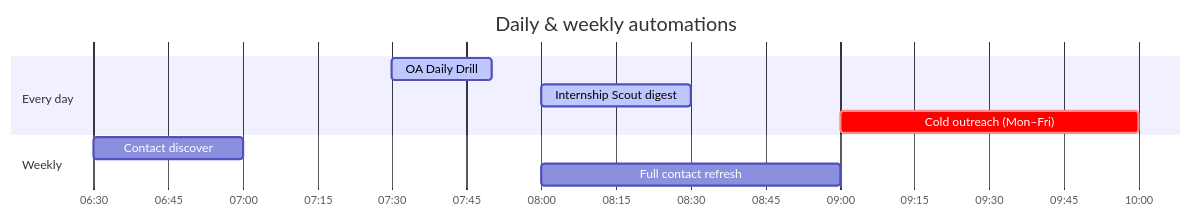
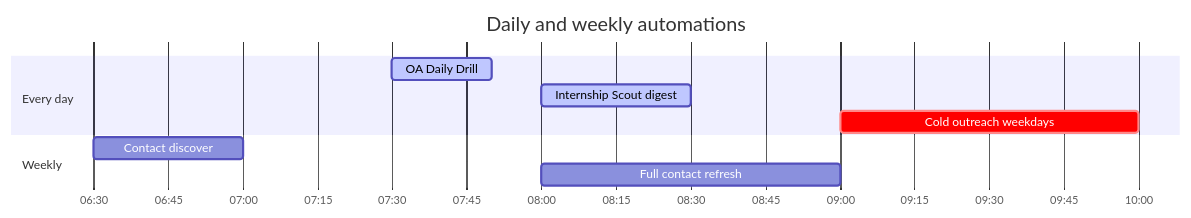
One commit to Ojas-Srivastava05/resume-optimiser changed the second of 4 diagrams in README.md. Above: the diagram before and after it, drawn with Mermaid. The commit also changed other lines of this file, not shown here.

First line of the commit message:
fix: make README Mermaid diagrams GitHub-compatible

````diff
--- a/README.md
+++ b/README.md
@@ -141,15 +138,13 @@
 ```mermaid
 gantt
-    title Daily & weekly automations
+    title Daily and weekly automations
     dateFormat HH:mm
     axisFormat %H:%M
-
     section Every day
     OA Daily Drill           :active, 07:30, 20m
     Internship Scout digest  :active, 08:00, 30m
-    Cold outreach (Mon–Fri)  :crit, 09:00, 60m
-
+    Cold outreach weekdays   :crit, 09:00, 60m
     section Weekly
     Contact discover         :06:30, 30m
     Full contact refresh     :08:00, 60m
 ```
````
